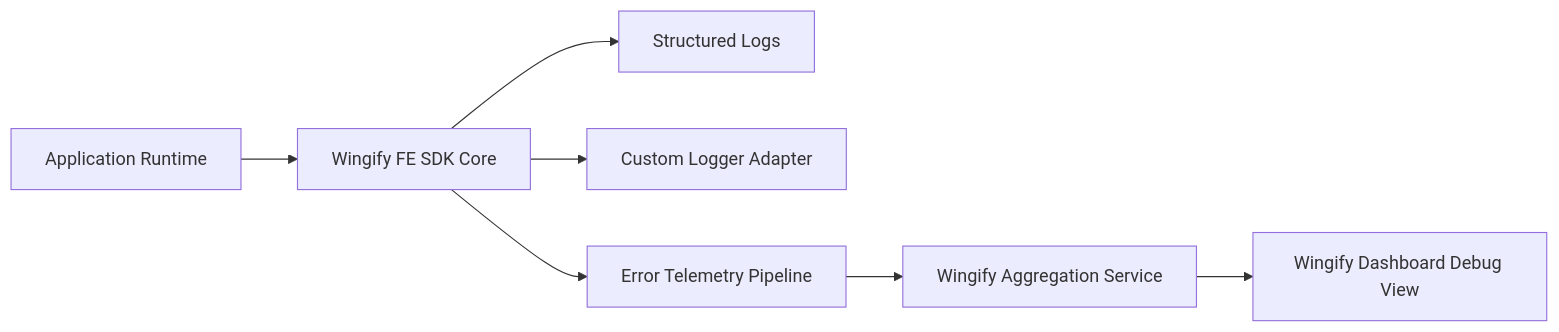
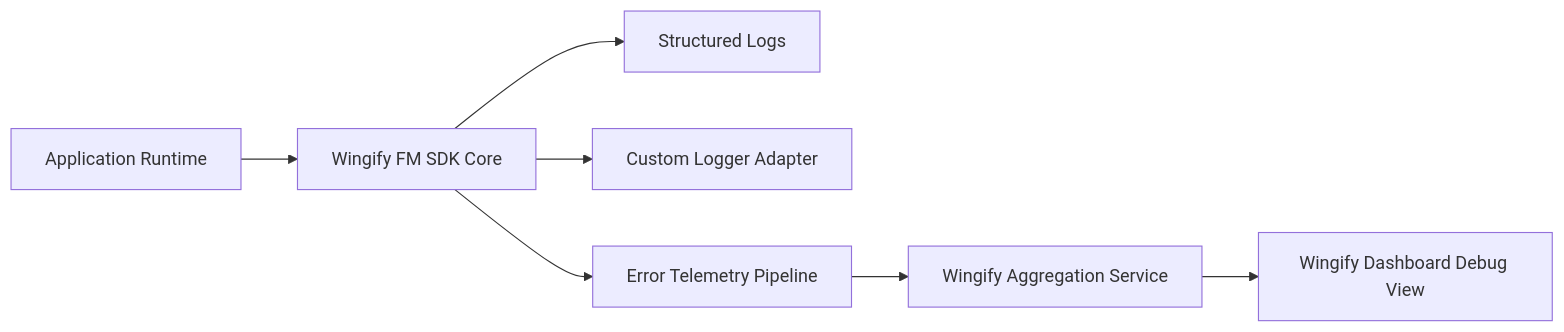
One commit to wingify/readme-central changed the first of 2 diagrams in docs/Concepts/fme-debugging-capabilities.md. Above: the diagram before and after it, drawn with Mermaid. The commit also changed other lines of this file and 192 other files, not shown here.

````diff
--- a/docs/Concepts/fme-debugging-capabilities.md
+++ b/docs/Concepts/fme-debugging-capabilities.md
@@ -33,11 +33,11 @@
 ```mermaid
 flowchart LR
-    A[Application Runtime] --> B[Wingify FE SDK Core]
+    A[Application Runtime] --> B[Wingify FM SDK Core]
 
     B --> C[Structured Logs]
     B --> D[Custom Logger Adapter]
     B --> E[Error Telemetry Pipeline]
 
     E --> F[Wingify Aggregation Service]
     F --> G[Wingify Dashboard Debug View]
 ```
````
